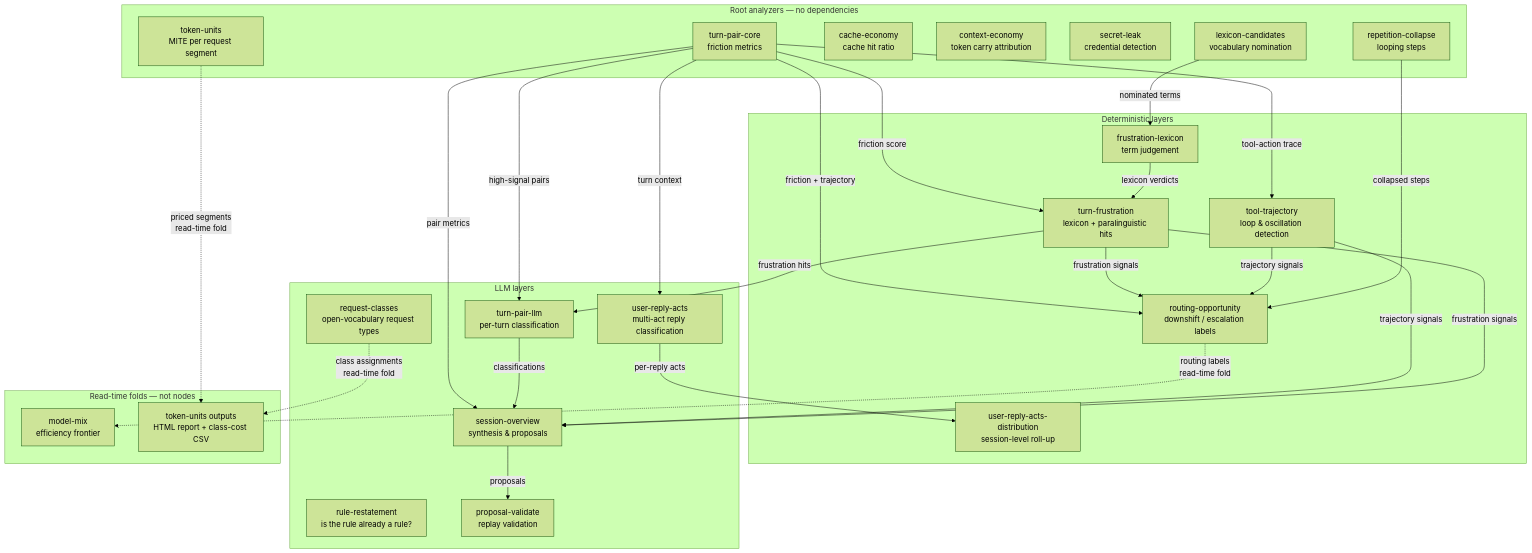
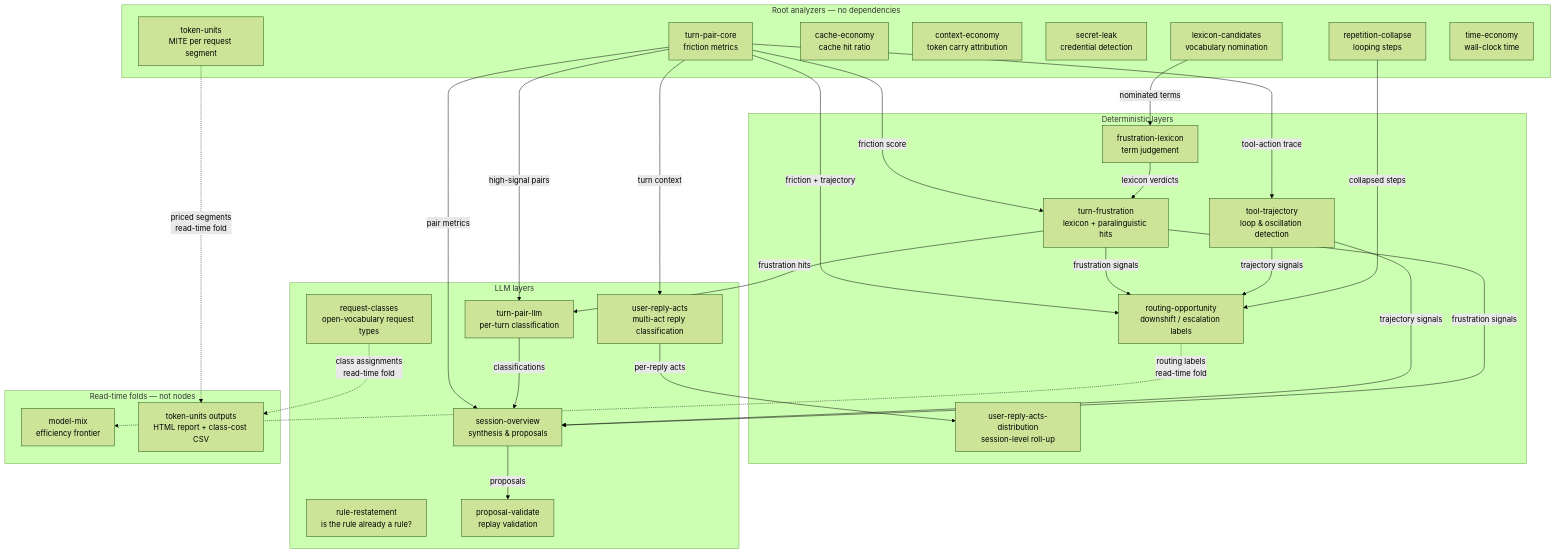
The diagram in README.md (elecnix/pi-prospector), drawn with Mermaid (forest theme) before and after one commit. The commit also changed other lines of this file and 8 other files, not shown here.

First line of the commit message:
analyze: add time-economy, a deterministic wall-clock analyzer (#310)

````diff
--- a/README.md
+++ b/README.md
@@ -73,55 +73,56 @@
 ```mermaid
 flowchart TD
   subgraph roots [Root analyzers — no dependencies]
     TPC[turn-pair-core<br/>friction metrics]
     LEX[lexicon-candidates<br/>vocabulary nomination]
     CE[cache-economy<br/>cache hit ratio]
     CTX[context-economy<br/>token carry attribution]
     SL[secret-leak<br/>credential detection]
     TU[token-units<br/>MITE per request segment]
     RCL[repetition-collapse<br/>looping steps]
+    TE[time-economy<br/>wall-clock time]
   end
 
   subgraph deterministic [Deterministic layers]
     FL[frustration-lexicon<br/>term judgement]
     TF[turn-frustration<br/>lexicon + paralinguistic hits]
     TT[tool-trajectory<br/>loop &amp; oscillation detection]
     RO[routing-opportunity<br/>downshift / escalation labels]
     URD[user-reply-acts-distribution<br/>session-level roll-up]
   end
 
   subgraph llm [LLM layers]
     RC[request-classes<br/>open-vocabulary request types]
     TPL[turn-pair-llm<br/>per-turn classification]
     SO[session-overview<br/>synthesis &amp; proposals]
     RR[rule-restatement<br/>is the rule already a rule?]
     PV[proposal-validate<br/>replay validation]
     URA[user-reply-acts<br/>multi-act reply classification]
   end
 
   subgraph readonly [Read-time folds — not nodes]
     MM[model-mix<br/>efficiency frontier]
     OUT[token-units outputs<br/>HTML report + class-cost CSV]
   end
 
   LEX -->|nominated terms| FL
   TPC -->|friction score| TF
   FL -->|lexicon verdicts| TF
   TPC -->|high-signal pairs| TPL
   TF -->|frustration hits| TPL
   TPC -->|tool-action trace| TT
   TPC -->|friction + trajectory| RO
   TF -->|frustration signals| RO
   TT -->|trajectory signals| RO
   RCL -->|collapsed steps| RO
   TPC -->|pair metrics| SO
   TPL -->|classifications| SO
   TT -->|trajectory signals| SO
   TF -->|frustration signals| SO
   SO -->|proposals| PV
   TPC -->|turn context| URA
   URA -->|per-reply acts| URD
   RO -.->|routing labels<br/>read-time fold| MM
   TU -.->|priced segments<br/>read-time fold| OUT
   RC -.->|class assignments<br/>read-time fold| OUT
 ```
````
